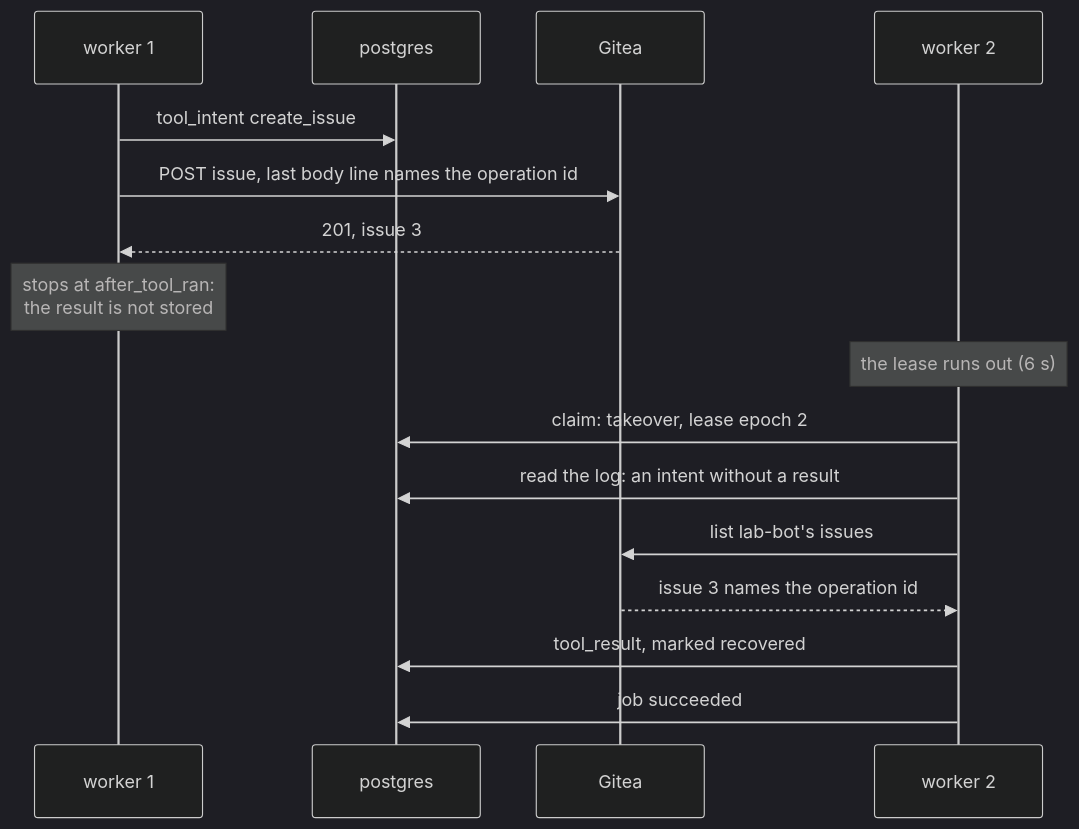
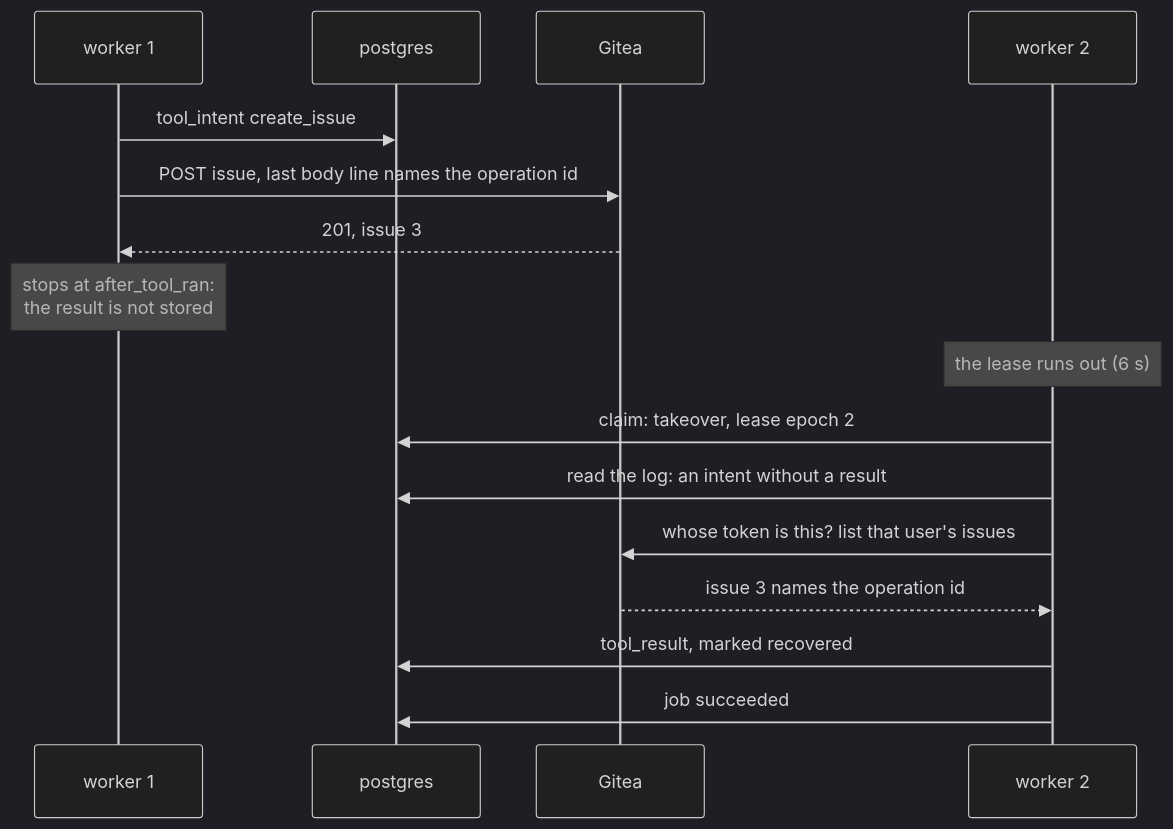
One commit to sindredg/agent-runtime changed the diagram in docs/lab-demo.md. Above: the diagram before and after it, drawn with Mermaid (dark theme). The commit also changed 5 other files, not shown here.

First line of the commit message:
fix: refuse a tracker URL with a query or a login, keep the lab token out of call arguments

````diff
--- a/docs/lab-demo.md
+++ b/docs/lab-demo.md
@@ -7,18 +7,18 @@
 ```mermaid
 sequenceDiagram
     participant W1 as worker 1
     participant D as postgres
     participant G as Gitea
     participant W2 as worker 2
     W1->>D: tool_intent create_issue
     W1->>G: POST issue, last body line names the operation id
     G-->>W1: 201, issue 3
     Note over W1: stops at after_tool_ran:<br/>the result is not stored
     Note over W2: the lease runs out (6 s)
     W2->>D: claim: takeover, lease epoch 2
     W2->>D: read the log: an intent without a result
-    W2->>G: list lab-bot's issues
+    W2->>G: whose token is this? list that user's issues
     G-->>W2: issue 3 names the operation id
     W2->>D: tool_result, marked recovered
     W2->>D: job succeeded
 ```
````
